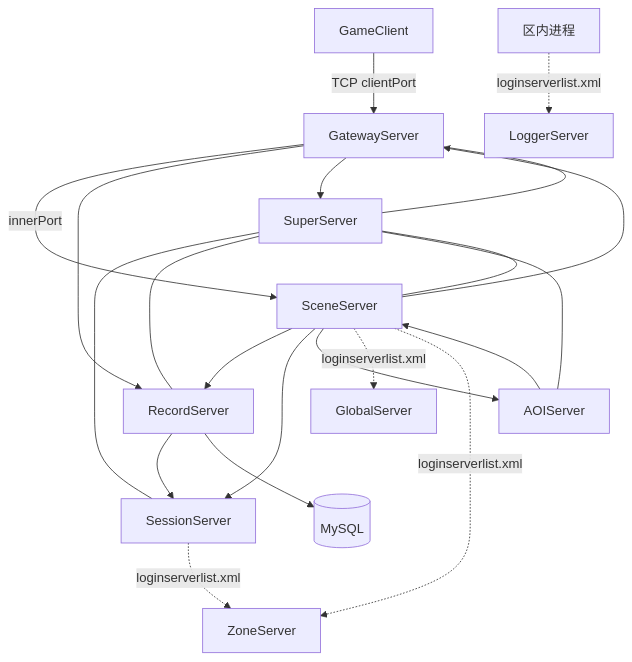
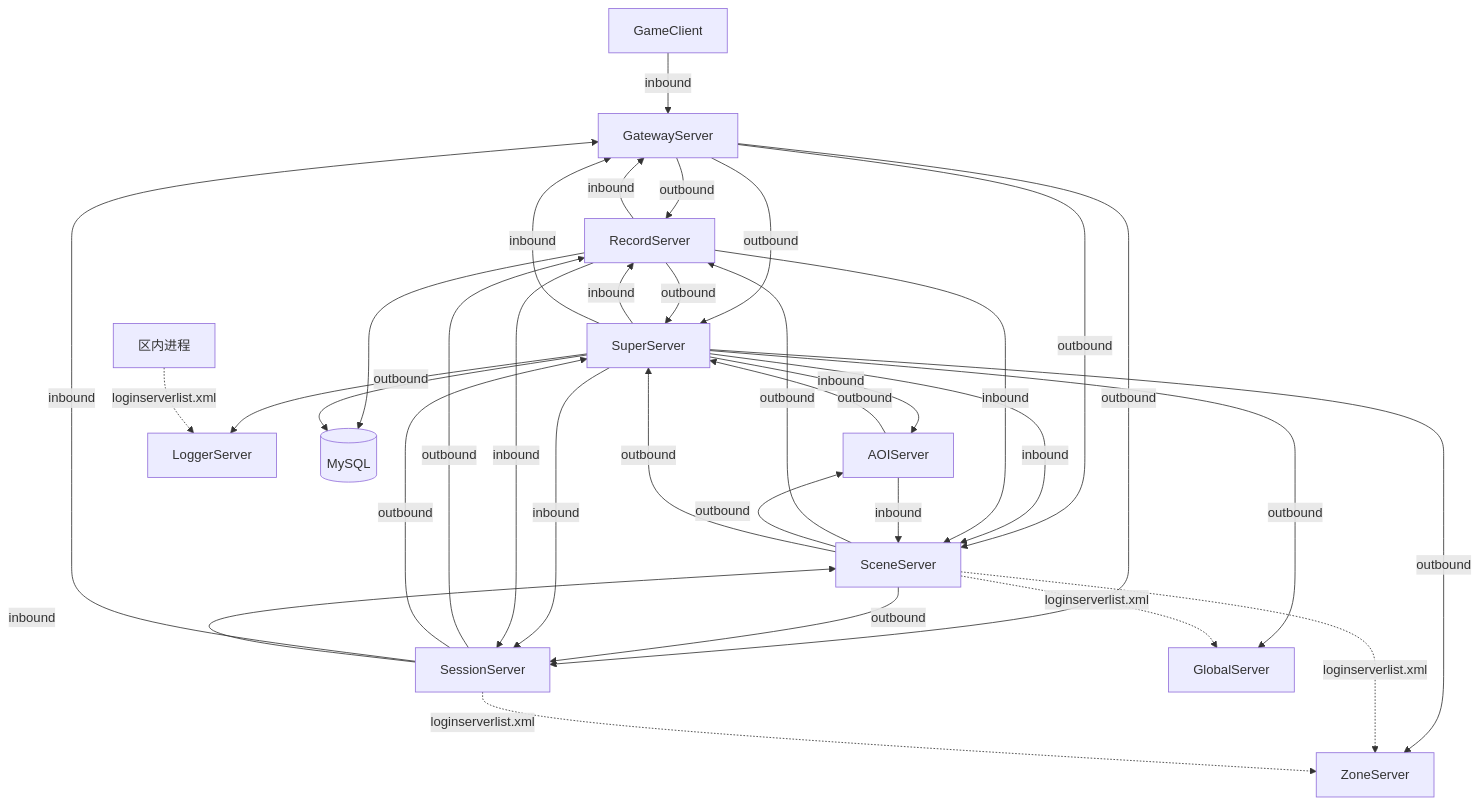
Before and after one commit to hechuangguo/RPG_Server: the first of 5 diagrams in docs/ARCHITECTURE.md, drawn with Mermaid. The commit also changed other lines of this file and 24 other files, not shown here.

````diff
--- a/docs/ARCHITECTURE.md
+++ b/docs/ARCHITECTURE.md
@@ -24,36 +24,55 @@
 ```mermaid
 flowchart TB
     Client[GameClient]
     GW[GatewayServer]
     SS[SuperServer]
     SES[SessionServer]
     REC[RecordServer]
     AOI[AOIServer]
     SCE[SceneServer]
     LOG[LoggerServer]
     GLB[GlobalServer]
     ZON[ZoneServer]
     DB[(MySQL)]
 
-    Client -->|TCP clientPort| GW
-    GW -->|innerPort| SCE
-    GW --> REC
-    GW --> SS
+    Client -->|inbound| GW
+    GW -->|outbound| REC
+    GW -->|outbound| SES
+    GW -->|outbound| SCE
+    GW -->|outbound| SS
 
-    SS --- SES
-    SS --- REC
-    SS --- AOI
-    SS --- SCE
-    SS --- GW
-    REC --> SES
+    SCE -->|outbound| REC
+    SCE -->|outbound| SES
+    SCE -->|outbound| AOI
+    SCE -->|outbound| SS
+
+    SES -->|outbound| REC
+    SES -->|outbound| SS
+
+    REC -->|outbound| SS
+    AOI -->|outbound| SS
+
+    SS -->|outbound| LOG
+    SS -->|outbound| GLB
+    SS -->|outbound| ZON
+    SS -->|inbound| REC
+    SS -->|inbound| AOI
+    SS -->|inbound| SES
+    SS -->|inbound| SCE
+    SS -->|inbound| GW
+
+    REC -->|inbound| GW
+    REC -->|inbound| SCE
+    REC -->|inbound| SES
+    AOI -->|inbound| SCE
+    SES -->|inbound| GW
+    SES -->|inbound| SCE
+
     REC --> DB
-    AOI --> SCE
-    SCE --> REC
-    SCE --> SES
-    SCE --> GW
-    SCE --> AOI
+    SS --> DB
+
     SCE -.->|loginserverlist.xml| GLB
     SCE -.->|loginserverlist.xml| ZON
     SES -.->|loginserverlist.xml| ZON
     gameZone[区内进程] -.->|loginserverlist.xml| LOG
 ```
````
